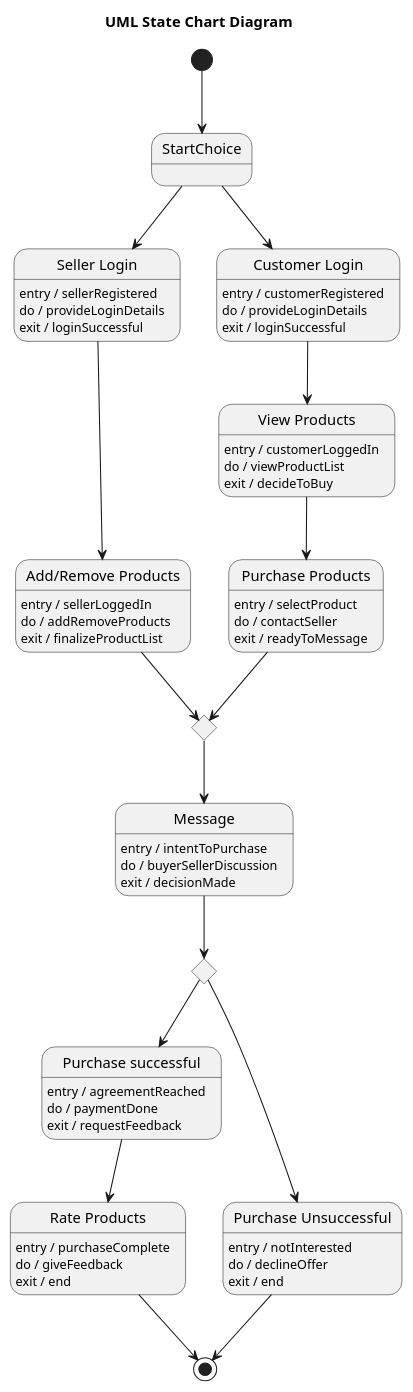
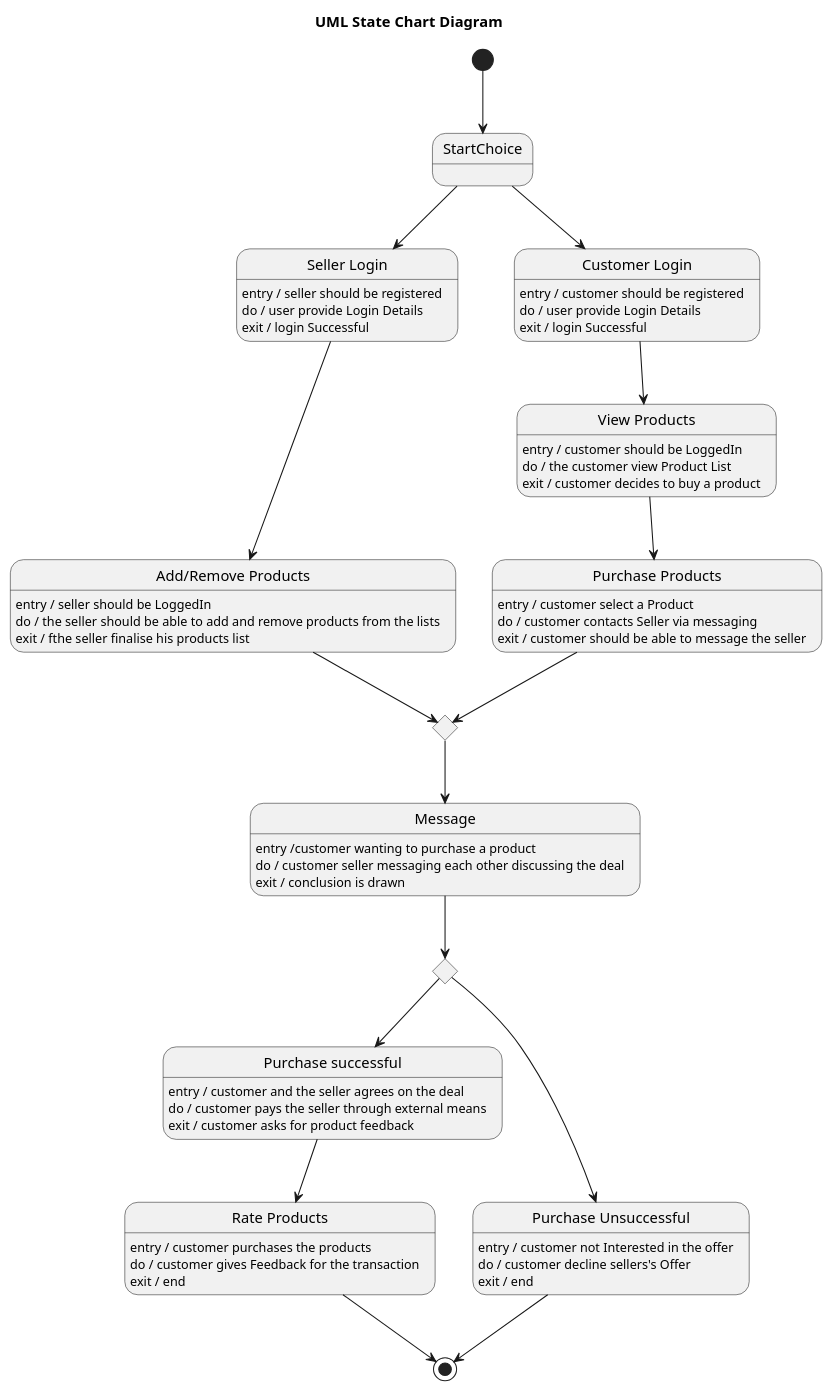
Before and after one commit to maimunafaria/State_transition_Diagram_generated_by_LLM: the diagram in dataset/case_34_guide_dropshipping_website/diagram.puml, drawn with PlantUML. The commit also changed 32 other files, not shown here.

Commit message:
plantuml diagram validated

```diff
--- a/dataset/case_34_guide_dropshipping_website/diagram.puml
+++ b/dataset/case_34_guide_dropshipping_website/diagram.puml
@@ -1,100 +1,84 @@
 @startuml
 title UML State Chart Diagram
 
-'========================
-' Start
-'========================
+
 [*] --> StartChoice
 
 state StartChoice <<choice>>
 
 StartChoice --> SellerLogin
 StartChoice --> CustomerLogin
 
-'========================
-' Seller side
-'========================
+
 state "Seller Login" as SellerLogin
-SellerLogin : entry / sellerRegistered
-SellerLogin : do / provideLoginDetails
-SellerLogin : exit / loginSuccessful
+SellerLogin : entry / seller should be registered
+SellerLogin : do / user provide Login Details
+SellerLogin : exit / login Successful
 
 state "Add/Remove Products" as ManageProducts
-ManageProducts : entry / sellerLoggedIn
-ManageProducts : do / addRemoveProducts
-ManageProducts : exit / finalizeProductList
+ManageProducts : entry / seller should be LoggedIn
+ManageProducts : do / the seller should be able to add and remove products from the lists
+ManageProducts : exit / fthe seller finalise his products list 
 
 SellerLogin --> ManageProducts
 
-'========================
-' Customer side
-'========================
+
 state "Customer Login" as CustomerLogin
-CustomerLogin : entry / customerRegistered
-CustomerLogin : do / provideLoginDetails
-CustomerLogin : exit / loginSuccessful
+CustomerLogin : entry / customer should be registered
+CustomerLogin : do / user provide Login Details
+CustomerLogin : exit / login Successful
 
 state "View Products" as ViewProducts
-ViewProducts : entry / customerLoggedIn
-ViewProducts : do / viewProductList
-ViewProducts : exit / decideToBuy
+ViewProducts : entry / customer should be LoggedIn
+ViewProducts : do / the customer view Product List
+ViewProducts : exit / customer decides to buy a product
 
 state "Purchase Products" as PurchaseProducts
-PurchaseProducts : entry / selectProduct
-PurchaseProducts : do / contactSeller
-PurchaseProducts : exit / readyToMessage
-
+PurchaseProducts : entry / customer select a Product
+PurchaseProducts : do / customer contacts Seller via messaging
+PurchaseProducts : exit / customer should be able to message the seller
 CustomerLogin --> ViewProducts
 ViewProducts --> PurchaseProducts
 
-'========================
-' Merge point
-'========================
+
 state MergePoint <<choice>>
 
 ManageProducts --> MergePoint
 PurchaseProducts --> MergePoint
 
-'========================
-' Messaging
-'========================
+
 state Message
-Message : entry / intentToPurchase
-Message : do / buyerSellerDiscussion
-Message : exit / decisionMade
+Message : entry /customer wanting to purchase a product 
+Message : do / customer seller messaging each other discussing the deal 
+Message : exit / conclusion is drawn
 
 MergePoint --> Message
 
-'========================
-' Decision
-'========================
 state Decision <<choice>>
 Message --> Decision
 
 state "Purchase successful" as Success
-Success : entry / agreementReached
-Success : do / paymentDone
-Success : exit / requestFeedback
+Success : entry / customer and the seller agrees on the deal
+Success : do / customer pays the seller through external means 
+Success : exit / customer asks for product feedback
 
 state "Purchase Unsuccessful" as Fail
-Fail : entry / notInterested
-Fail : do / declineOffer
+Fail : entry / customer not Interested in the offer
+Fail : do / customer decline sellers's Offer
 Fail : exit / end
 
 Decision --> Success
 Decision --> Fail
 
-'========================
-' Final steps
-'========================
+
 state "Rate Products" as RateProducts
-RateProducts : entry / purchaseComplete
-RateProducts : do / giveFeedback
+RateProducts : entry / customer purchases the products
+RateProducts : do / customer gives Feedback for the transaction
 RateProducts : exit / end
 
 Success --> RateProducts
 
 RateProducts --> [*]
 Fail --> [*]
 
 @enduml
```
